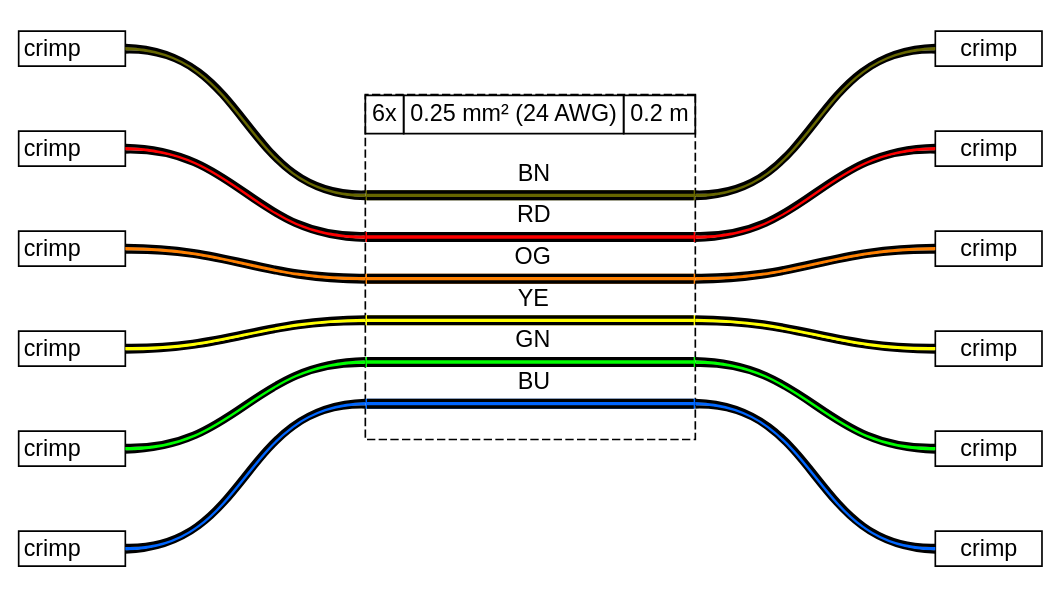
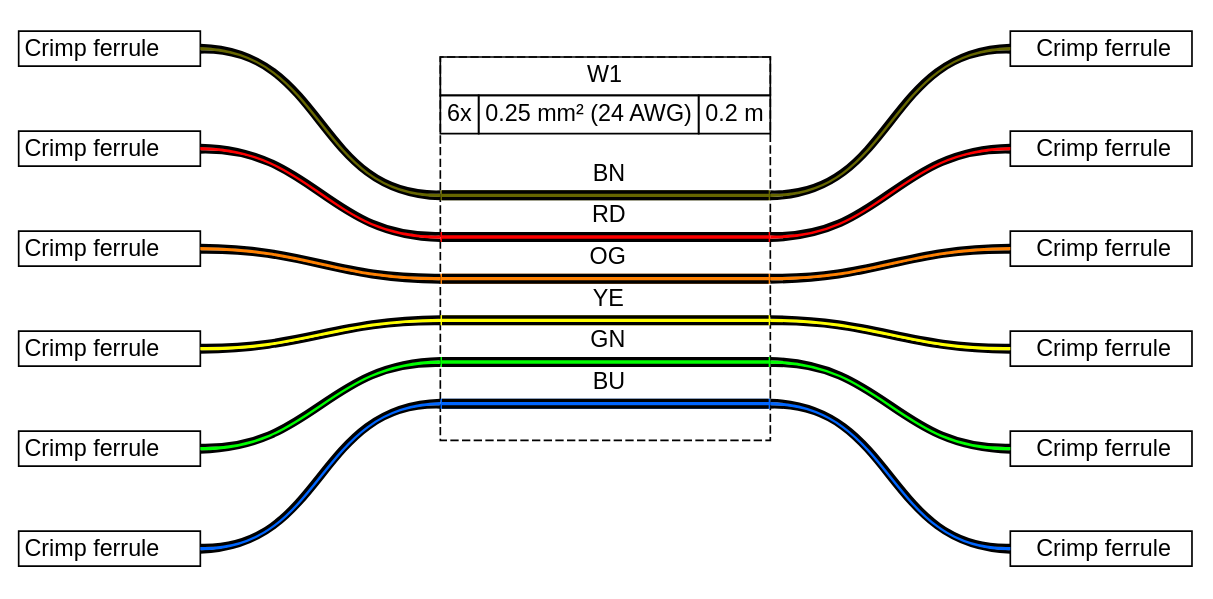
The diagram in examples/ex04.gv (wireviz/WireViz), drawn with Graphviz before and after one commit. The commit also changed 29 other files, not shown here.

```diff
--- a/examples/ex04.gv
+++ b/examples/ex04.gv
@@ -1,152 +1,152 @@
 graph {
 // Graph generated by WireViz
 // https://github.com/formatc1702/WireViz
 	graph [bgcolor=white fontname=arial nodesep=0.33 rankdir=LR ranksep=2]
 	node [fillcolor=white fontname=arial shape=record style=filled]
 	edge [fontname=arial style=bold]
 	F1 [label=<
 
                 <TABLE BORDER="1" CELLBORDER="0" CELLSPACING="0" CELLPADDING="2"><TR>
-                <TD PORT="p1l"> crimp  </TD>
+                <TD PORT="p1l"> Crimp ferrule  </TD>
                 
                 <TD PORT="p1r">  </TD>
                 </TR></TABLE>
 
 
                 > margin=0 orientation=180 shape=none style=filled]
 	F2 [label=<
 
                 <TABLE BORDER="1" CELLBORDER="0" CELLSPACING="0" CELLPADDING="2"><TR>
-                <TD PORT="p1l"> crimp  </TD>
+                <TD PORT="p1l"> Crimp ferrule  </TD>
                 
                 <TD PORT="p1r">  </TD>
                 </TR></TABLE>
 
 
                 > margin=0 orientation=180 shape=none style=filled]
 	F3 [label=<
 
                 <TABLE BORDER="1" CELLBORDER="0" CELLSPACING="0" CELLPADDING="2"><TR>
-                <TD PORT="p1l"> crimp  </TD>
+                <TD PORT="p1l"> Crimp ferrule  </TD>
                 
                 <TD PORT="p1r">  </TD>
                 </TR></TABLE>
 
 
                 > margin=0 orientation=180 shape=none style=filled]
 	F4 [label=<
 
                 <TABLE BORDER="1" CELLBORDER="0" CELLSPACING="0" CELLPADDING="2"><TR>
-                <TD PORT="p1l"> crimp  </TD>
+                <TD PORT="p1l"> Crimp ferrule  </TD>
                 
                 <TD PORT="p1r">  </TD>
                 </TR></TABLE>
 
 
                 > margin=0 orientation=180 shape=none style=filled]
 	F5 [label=<
 
                 <TABLE BORDER="1" CELLBORDER="0" CELLSPACING="0" CELLPADDING="2"><TR>
-                <TD PORT="p1l"> crimp  </TD>
+                <TD PORT="p1l"> Crimp ferrule  </TD>
                 
                 <TD PORT="p1r">  </TD>
                 </TR></TABLE>
 
 
                 > margin=0 orientation=180 shape=none style=filled]
 	F6 [label=<
 
                 <TABLE BORDER="1" CELLBORDER="0" CELLSPACING="0" CELLPADDING="2"><TR>
-                <TD PORT="p1l"> crimp  </TD>
+                <TD PORT="p1l"> Crimp ferrule  </TD>
                 
                 <TD PORT="p1r">  </TD>
                 </TR></TABLE>
 
 
                 > margin=0 orientation=180 shape=none style=filled]
 	F7 [label=<
 
                 <TABLE BORDER="1" CELLBORDER="0" CELLSPACING="0" CELLPADDING="2"><TR>
                 <TD PORT="p1l">  </TD>
                 
-                <TD PORT="p1r"> crimp  </TD>
+                <TD PORT="p1r"> Crimp ferrule  </TD>
                 </TR></TABLE>
 
 
                 > margin=0 orientation=0 shape=none style=filled]
 	F8 [label=<
 
                 <TABLE BORDER="1" CELLBORDER="0" CELLSPACING="0" CELLPADDING="2"><TR>
                 <TD PORT="p1l">  </TD>
                 
-                <TD PORT="p1r"> crimp  </TD>
+                <TD PORT="p1r"> Crimp ferrule  </TD>
                 </TR></TABLE>
 
 
                 > margin=0 orientation=0 shape=none style=filled]
 	F9 [label=<
 
                 <TABLE BORDER="1" CELLBORDER="0" CELLSPACING="0" CELLPADDING="2"><TR>
                 <TD PORT="p1l">  </TD>
                 
-                <TD PORT="p1r"> crimp  </TD>
+                <TD PORT="p1r"> Crimp ferrule  </TD>
                 </TR></TABLE>
 
 
                 > margin=0 orientation=0 shape=none style=filled]
 	F10 [label=<
 
                 <TABLE BORDER="1" CELLBORDER="0" CELLSPACING="0" CELLPADDING="2"><TR>
                 <TD PORT="p1l">  </TD>
                 
-                <TD PORT="p1r"> crimp  </TD>
+                <TD PORT="p1r"> Crimp ferrule  </TD>
                 </TR></TABLE>
 
 
                 > margin=0 orientation=0 shape=none style=filled]
 	F11 [label=<
 
                 <TABLE BORDER="1" CELLBORDER="0" CELLSPACING="0" CELLPADDING="2"><TR>
                 <TD PORT="p1l">  </TD>
                 
-                <TD PORT="p1r"> crimp  </TD>
+                <TD PORT="p1r"> Crimp ferrule  </TD>
                 </TR></TABLE>
 
 
                 > margin=0 orientation=0 shape=none style=filled]
 	F12 [label=<
 
                 <TABLE BORDER="1" CELLBORDER="0" CELLSPACING="0" CELLPADDING="2"><TR>
                 <TD PORT="p1l">  </TD>
                 
-                <TD PORT="p1r"> crimp  </TD>
+                <TD PORT="p1r"> Crimp ferrule  </TD>
                 </TR></TABLE>
 
 
                 > margin=0 orientation=0 shape=none style=filled]
 	edge [color="#000000:#666600:#000000"]
 	F1:e -- W1:w1:w
 	edge [color="#000000:#ff0000:#000000"]
 	F2:e -- W1:w2:w
 	edge [color="#000000:#ff8000:#000000"]
 	F3:e -- W1:w3:w
 	edge [color="#000000:#ffff00:#000000"]
 	F4:e -- W1:w4:w
 	edge [color="#000000:#00ff00:#000000"]
 	F5:e -- W1:w5:w
 	edge [color="#000000:#0066ff:#000000"]
 	F6:e -- W1:w6:w
 	edge [color="#000000:#0066ff:#000000"]
 	W1:w6:e -- F7:w
 	edge [color="#000000:#00ff00:#000000"]
 	W1:w5:e -- F8:w
 	edge [color="#000000:#ffff00:#000000"]
 	W1:w4:e -- F9:w
 	edge [color="#000000:#ff8000:#000000"]
 	W1:w3:e -- F10:w
 	edge [color="#000000:#ff0000:#000000"]
 	W1:w2:e -- F11:w
 	edge [color="#000000:#666600:#000000"]
 	W1:w1:e -- F12:w
-	W1 [label=<<table border="0" cellspacing="0" cellpadding="0"><tr><td><table border="0" cellspacing="0" cellpadding="3" cellborder="1"><tr><td>6x</td><td>0.25 mm² (24 AWG)</td><td>0.2 m</td></tr></table></td></tr><tr><td>&nbsp;</td></tr><tr><td><table border="0" cellspacing="0" cellborder="0"><tr><td></td><td>BN</td><td></td></tr><tr><td colspan="3" cellpadding="0" height="6" bgcolor="#666600" border="2" sides="tb" port="w1"></td></tr><tr><td></td><td>RD</td><td></td></tr><tr><td colspan="3" cellpadding="0" height="6" bgcolor="#ff0000" border="2" sides="tb" port="w2"></td></tr><tr><td></td><td>OG</td><td></td></tr><tr><td colspan="3" cellpadding="0" height="6" bgcolor="#ff8000" border="2" sides="tb" port="w3"></td></tr><tr><td></td><td>YE</td><td></td></tr><tr><td colspan="3" cellpadding="0" height="6" bgcolor="#ffff00" border="2" sides="tb" port="w4"></td></tr><tr><td></td><td>GN</td><td></td></tr><tr><td colspan="3" cellpadding="0" height="6" bgcolor="#00ff00" border="2" sides="tb" port="w5"></td></tr><tr><td></td><td>BU</td><td></td></tr><tr><td colspan="3" cellpadding="0" height="6" bgcolor="#0066ff" border="2" sides="tb" port="w6"></td></tr><tr><td>&nbsp;</td></tr></table></td></tr></table>> fillcolor=white margin=0 shape=box style="filled,dashed"]
+	W1 [label=<<table border="0" cellspacing="0" cellpadding="0"><tr><td><table border="0" cellspacing="0" cellpadding="3" cellborder="1"><tr><td colspan="3">W1</td></tr><tr><td>6x</td><td>0.25 mm² (24 AWG)</td><td>0.2 m</td></tr></table></td></tr><tr><td>&nbsp;</td></tr><tr><td><table border="0" cellspacing="0" cellborder="0"><tr><td></td><td>BN</td><td></td></tr><tr><td colspan="3" cellpadding="0" height="6" bgcolor="#666600" border="2" sides="tb" port="w1"></td></tr><tr><td></td><td>RD</td><td></td></tr><tr><td colspan="3" cellpadding="0" height="6" bgcolor="#ff0000" border="2" sides="tb" port="w2"></td></tr><tr><td></td><td>OG</td><td></td></tr><tr><td colspan="3" cellpadding="0" height="6" bgcolor="#ff8000" border="2" sides="tb" port="w3"></td></tr><tr><td></td><td>YE</td><td></td></tr><tr><td colspan="3" cellpadding="0" height="6" bgcolor="#ffff00" border="2" sides="tb" port="w4"></td></tr><tr><td></td><td>GN</td><td></td></tr><tr><td colspan="3" cellpadding="0" height="6" bgcolor="#00ff00" border="2" sides="tb" port="w5"></td></tr><tr><td></td><td>BU</td><td></td></tr><tr><td colspan="3" cellpadding="0" height="6" bgcolor="#0066ff" border="2" sides="tb" port="w6"></td></tr><tr><td>&nbsp;</td></tr></table></td></tr></table>> fillcolor=white margin=0 shape=box style="filled,dashed"]
 }
```
